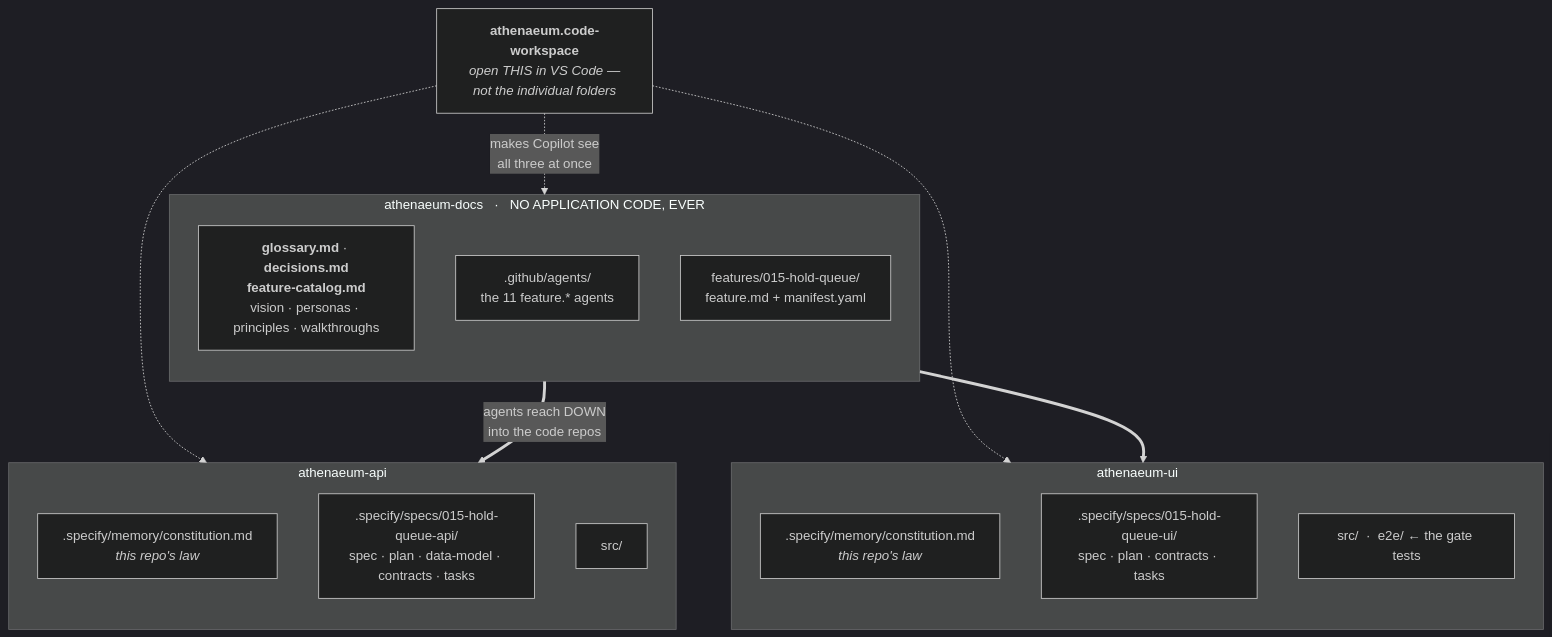
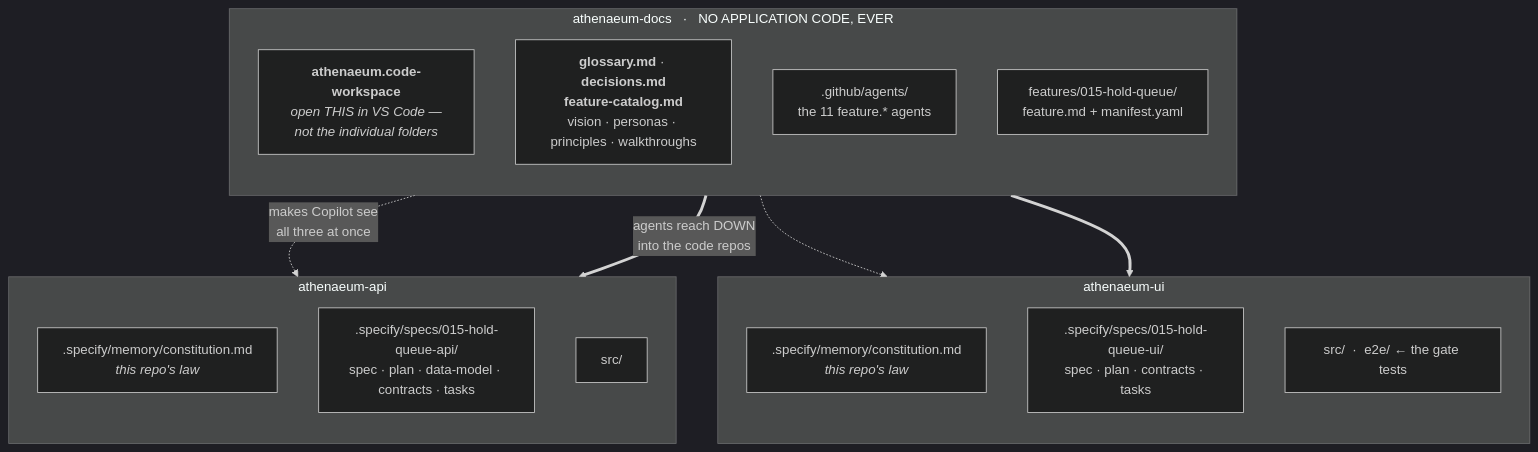
One commit to marctalcott/sdd-playbook changed the first of 3 diagrams in docs/03-structure.md. Above: the diagram before and after it, drawn with Mermaid (dark theme). The commit also changed other lines of this file and 5 other files, not shown here.

````diff
--- a/docs/03-structure.md
+++ b/docs/03-structure.md
@@ -12,32 +14,30 @@
 ```mermaid
 flowchart TB
-    CW["<b>athenaeum.code-workspace</b><br/><i>open THIS in VS Code —<br/>not the individual folders</i>"]
-
     subgraph DOCS["athenaeum-docs &nbsp;&nbsp;·&nbsp;&nbsp; NO APPLICATION CODE, EVER"]
         direction TB
+        CW["<b>athenaeum.code-workspace</b><br/><i>open THIS in VS Code —<br/>not the individual folders</i>"]
         DA["<b>glossary.md</b> · <b>decisions.md</b><br/><b>feature-catalog.md</b><br/>vision · personas · principles · walkthroughs"]
         DB[".github/agents/<br/>the 11 feature.* agents"]
         DC["features/015-hold-queue/<br/>feature.md + manifest.yaml"]
     end
 
     subgraph API["athenaeum-api"]
         direction TB
         AA[".specify/memory/constitution.md<br/><i>this repo's law</i>"]
         AB[".specify/specs/015-hold-queue-api/<br/>spec · plan · data-model · contracts · tasks"]
         AC["src/"]
     end
 
     subgraph UI["athenaeum-ui"]
         direction TB
         UA[".specify/memory/constitution.md<br/><i>this repo's law</i>"]
         UB[".specify/specs/015-hold-queue-ui/<br/>spec · plan · contracts · tasks"]
         UC["src/ &nbsp;·&nbsp; e2e/ ← the gate tests"]
     end
 
-    CW -.->|"makes Copilot see<br/>all three at once"| DOCS
-    CW -.-> API
+    CW -.->|"makes Copilot see<br/>all three at once"| API
     CW -.-> UI
 
     DB ==>|"agents reach DOWN<br/>into the code repos"| API
     DB ==> UI
 ```
````
